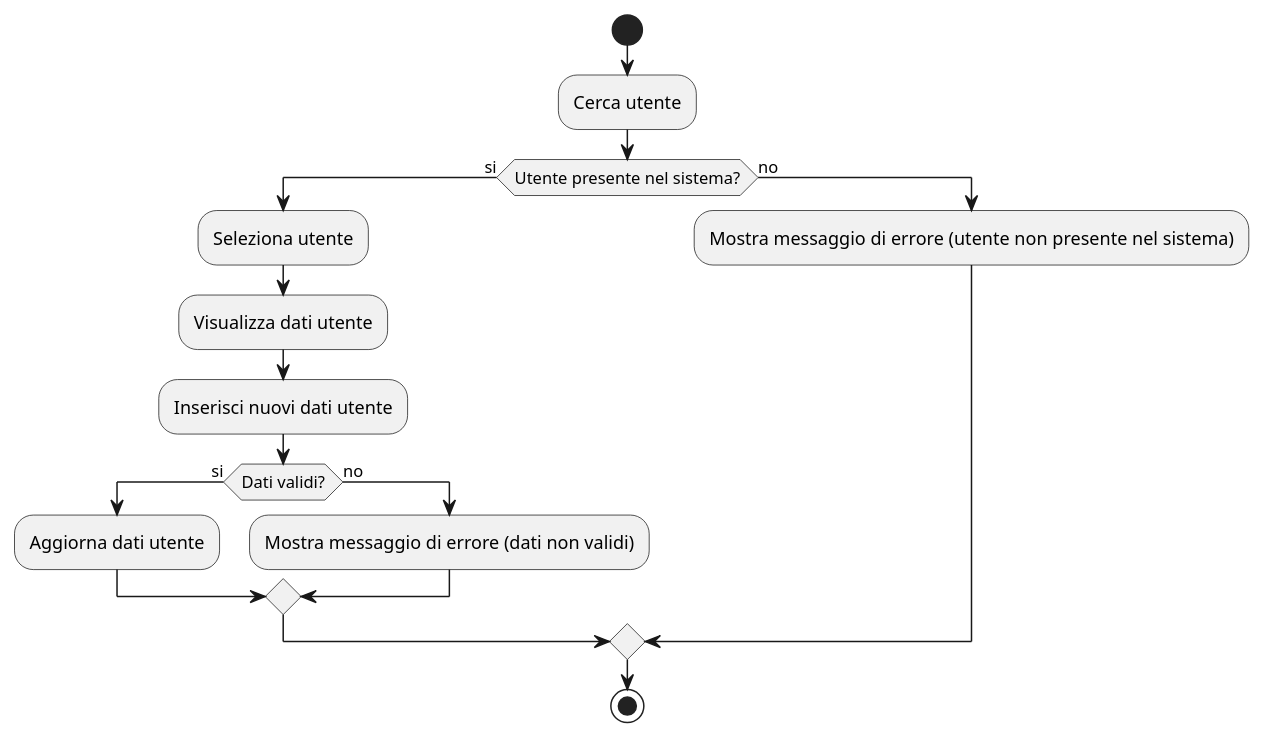
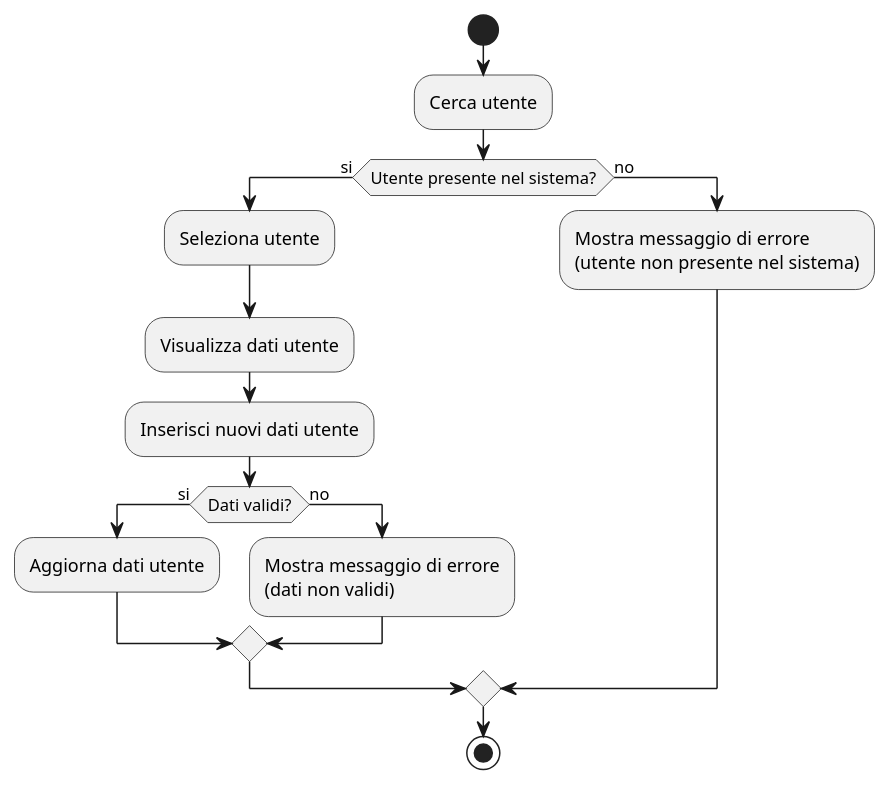
The diagram in docs/uml/DiagrammiAttività/DiagrammaModificaUtente.puml (Meziu/easylibrary), drawn with PlantUML before and after one commit. The commit also changed 5 other files, not shown here.

Commit message:
Migliorie diagrammi di attività

```diff
--- a/docs/uml/DiagrammiAttività/DiagrammaModificaUtente.puml
+++ b/docs/uml/DiagrammiAttività/DiagrammaModificaUtente.puml
@@ -1,20 +1,22 @@
 @startuml
 start
 :Cerca utente;
 if (Utente presente nel sistema?) then (si)
 :Seleziona utente;
 :Visualizza dati utente;
 :Inserisci nuovi dati utente;
 
     if (Dati validi?) then (si)
         :Aggiorna dati utente;
     else (no)
-        :Mostra messaggio di errore (dati non validi);
+        :Mostra messaggio di errore
+        (dati non validi);
     endif
 
 else (no)
-:Mostra messaggio di errore (utente non presente nel sistema);
+:Mostra messaggio di errore
+(utente non presente nel sistema);
 endif
 
 stop
 @enduml
```
